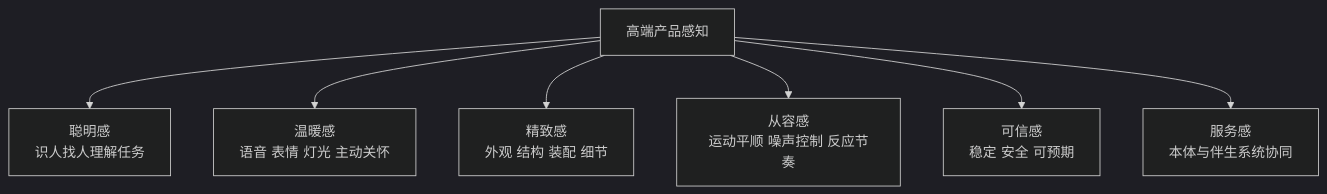
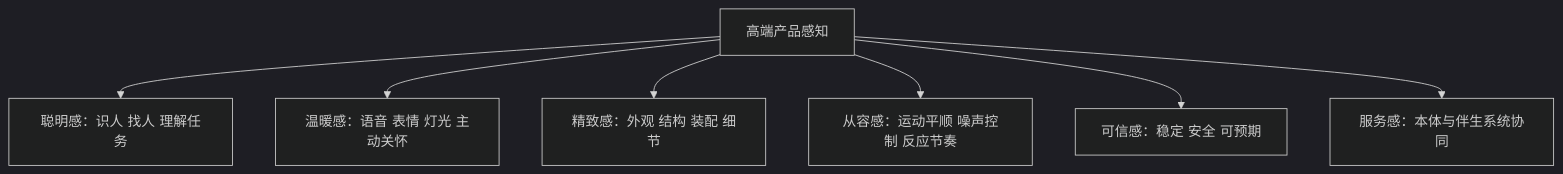
One commit to hlm12348765/Kinbot_OODA changed the fourth of 4 diagrams in docs/COST_STRUCTURE_AND_TECH_DOWNPATH.md. Above: the diagram before and after it, drawn with Mermaid (dark theme). The commit also changed other lines of this file and 7 other files, not shown here.

````diff
--- a/docs/COST_STRUCTURE_AND_TECH_DOWNPATH.md
+++ b/docs/COST_STRUCTURE_AND_TECH_DOWNPATH.md
@@ -270,10 +285,10 @@
 ```mermaid
 flowchart TB
     P[高端产品感知]
-    P --> P1[聪明感\n识人找人理解任务]
-    P --> P2[温暖感\n语音 表情 灯光 主动关怀]
-    P --> P3[精致感\n外观 结构 装配 细节]
-    P --> P4[从容感\n运动平顺 噪声控制 反应节奏]
-    P --> P5[可信感\n稳定 安全 可预期]
-    P --> P6[服务感\n本体与伴生系统协同]
+    P --> P1[聪明感：识人 找人 理解任务]
+    P --> P2[温暖感：语音 表情 灯光 主动关怀]
+    P --> P3[精致感：外观 结构 装配 细节]
+    P --> P4[从容感：运动平顺 噪声控制 反应节奏]
+    P --> P5[可信感：稳定 安全 可预期]
+    P --> P6[服务感：本体与伴生系统协同]
 ```
````
